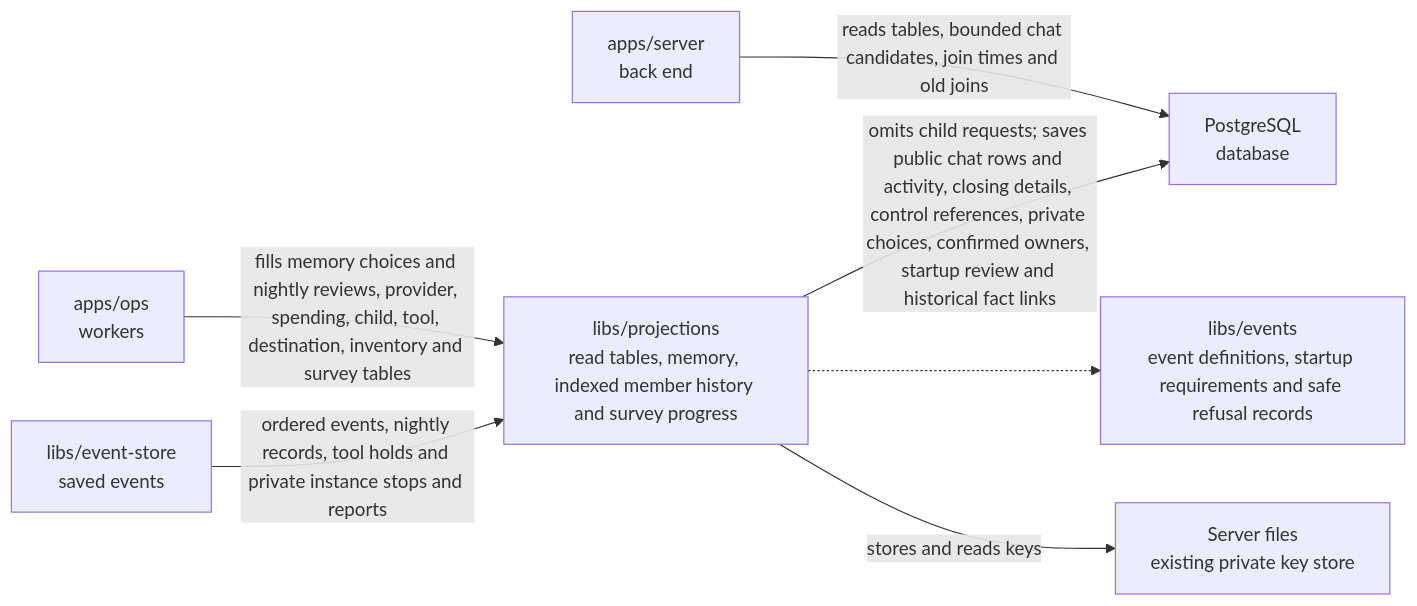
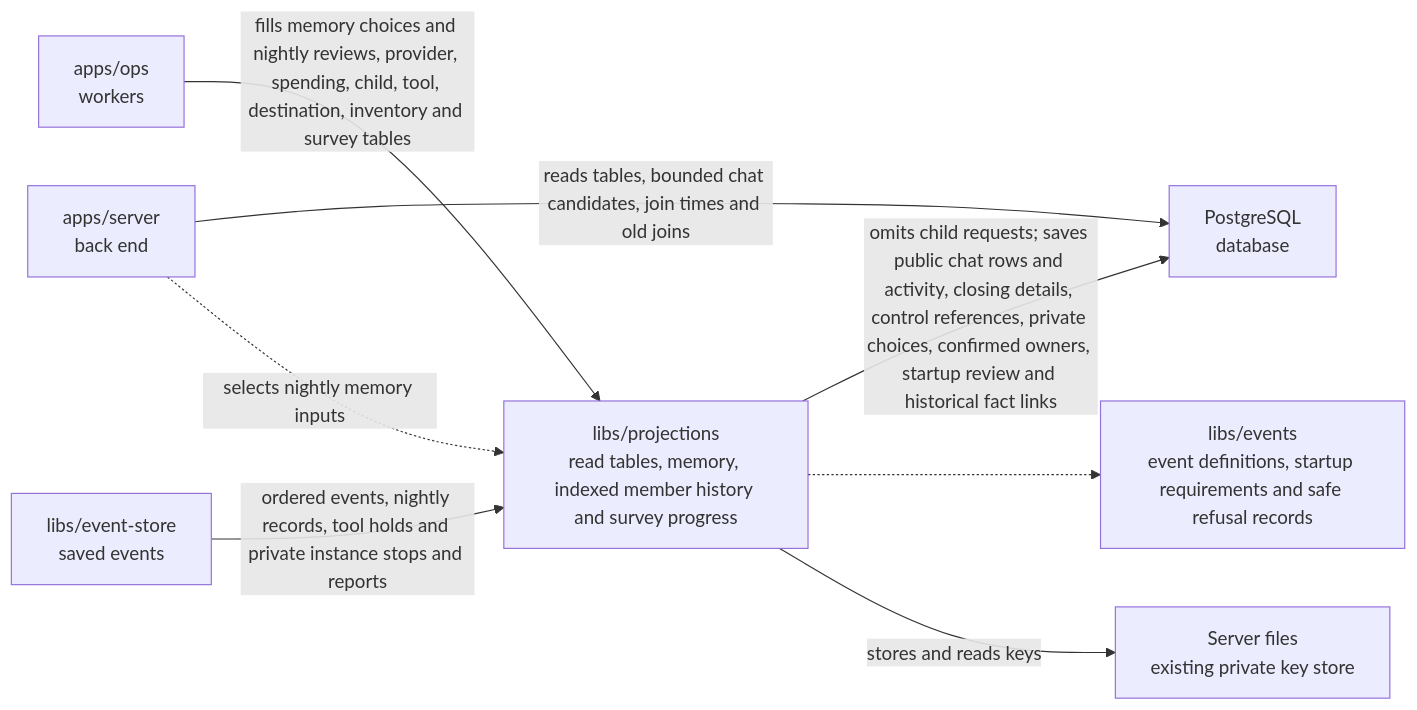
Before and after one commit to elewa-git/opencrane-new: the diagram in libs/projections/README.md, drawn with Mermaid. The commit also changed other lines of this file and 9 other files, not shown here.

````diff
--- a/libs/projections/README.md
+++ b/libs/projections/README.md
@@ -23,9 +23,10 @@
 ```mermaid
 flowchart LR
   ops["apps/ops<br/>workers"] -->|fills memory choices and nightly reviews, provider, spending, child, tool, destination, inventory and survey tables| projections["libs/projections<br/>read tables, memory, indexed member history and survey progress"]
   server["apps/server<br/>back end"] -->|reads tables, bounded chat candidates, join times and old joins| pg["PostgreSQL<br/>database"]
   projections -->|omits child requests; saves public chat rows and activity, closing details, control references, private choices, confirmed owners, startup review and historical fact links| pg
   store["libs/event-store<br/>saved events"] -->|ordered events, nightly records, tool holds and private instance stops and reports| projections
+  server -.->|selects nightly memory inputs| projections
   projections -.-> events["libs/events<br/>event definitions, startup requirements and safe refusal records"]
   projections -->|stores and reads keys| keys["Server files<br/>existing private key store"]
 ```
````
